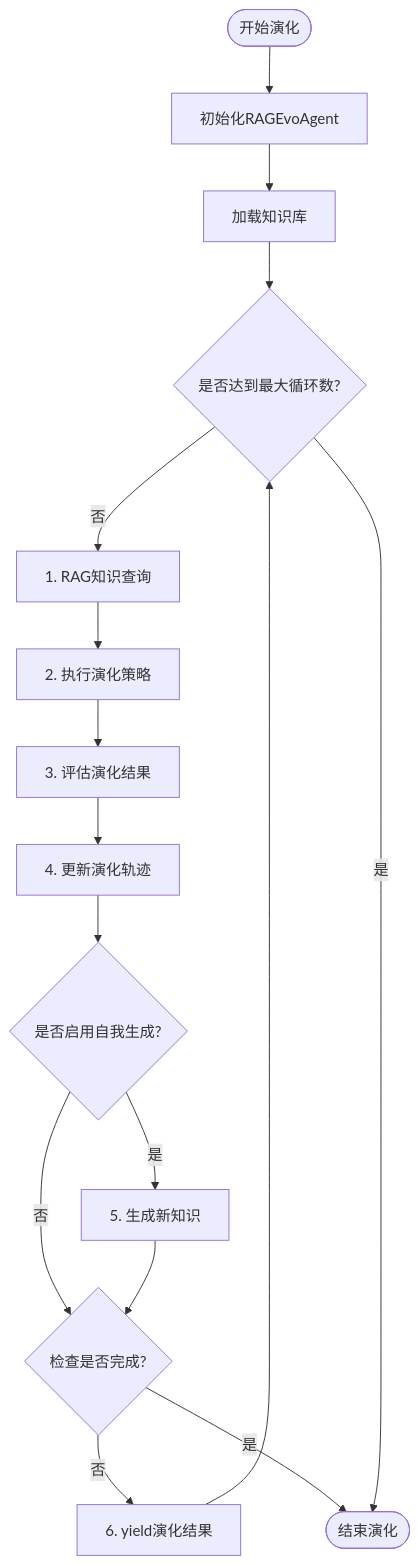
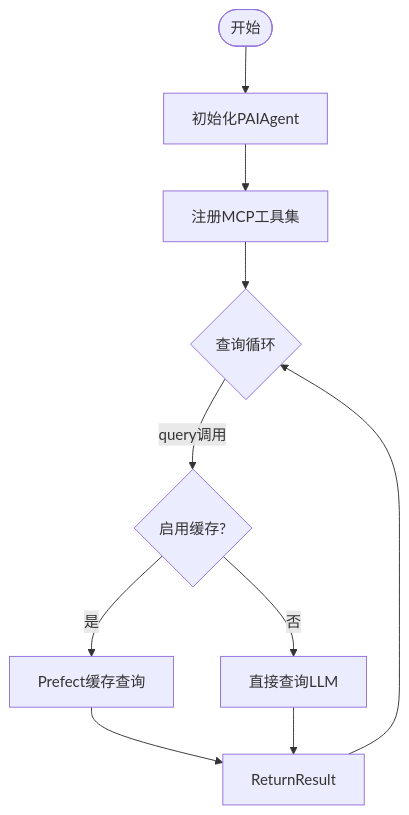
The eighth of 10 diagrams in .qoder/repowiki/zh/content/核心概念/演化代理/代理架构.md (afanty2021/RD-Agent), drawn with Mermaid before and after one commit. The commit also changed other lines of this file and 5 other files, not shown here.

````diff
--- a/.qoder/repowiki/zh/content/核心概念/演化代理/代理架构.md
+++ b/.qoder/repowiki/zh/content/核心概念/演化代理/代理架构.md
@@ -326,18 +256,12 @@
 ```mermaid
 flowchart TD
-Start([开始演化]) --> InitAgent["初始化RAGEvoAgent"]
-InitAgent --> LoadKB["加载知识库"]
-LoadKB --> LoopStart{"是否达到最大循环数?"}
-LoopStart --> |否| QueryRAG["1. RAG知识查询"]
-QueryRAG --> Evolve["2. 执行演化策略"]
-Evolve --> Evaluate["3. 评估演化结果"]
-Evaluate --> UpdateTrace["4. 更新演化轨迹"]
-UpdateTrace --> SelfGen{"是否启用自我生成?"}
-SelfGen --> |是| GenKnowledge["5. 生成新知识"]
-SelfGen --> |否| CheckComplete{"检查是否完成?"}
-GenKnowledge --> CheckComplete
-CheckComplete --> |否| YieldResult["6. yield演化结果"]
-CheckComplete --> |是| End([结束演化])
-YieldResult --> LoopStart
-LoopStart --> |是| End
+Start([开始]) --> InitAgent["初始化PAIAgent"]
+InitAgent --> RegisterMCP["注册MCP工具集"]
+RegisterMCP --> LoopStart{"查询循环"}
+LoopStart --> |query调用| CheckCache{"启用缓存?"}
+CheckCache --> |是| PrefectCache["Prefect缓存查询"]
+CheckCache --> |否| DirectQuery["直接查询LLM"]
+PrefectCache --> ReturnResult
+DirectQuery --> ReturnResult
+ReturnResult --> LoopStart
 ```
````
